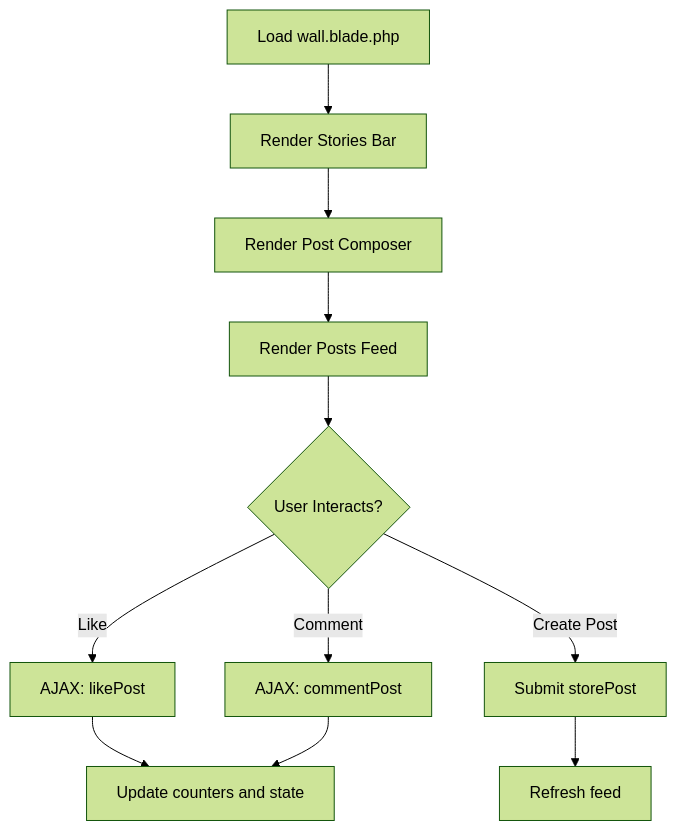
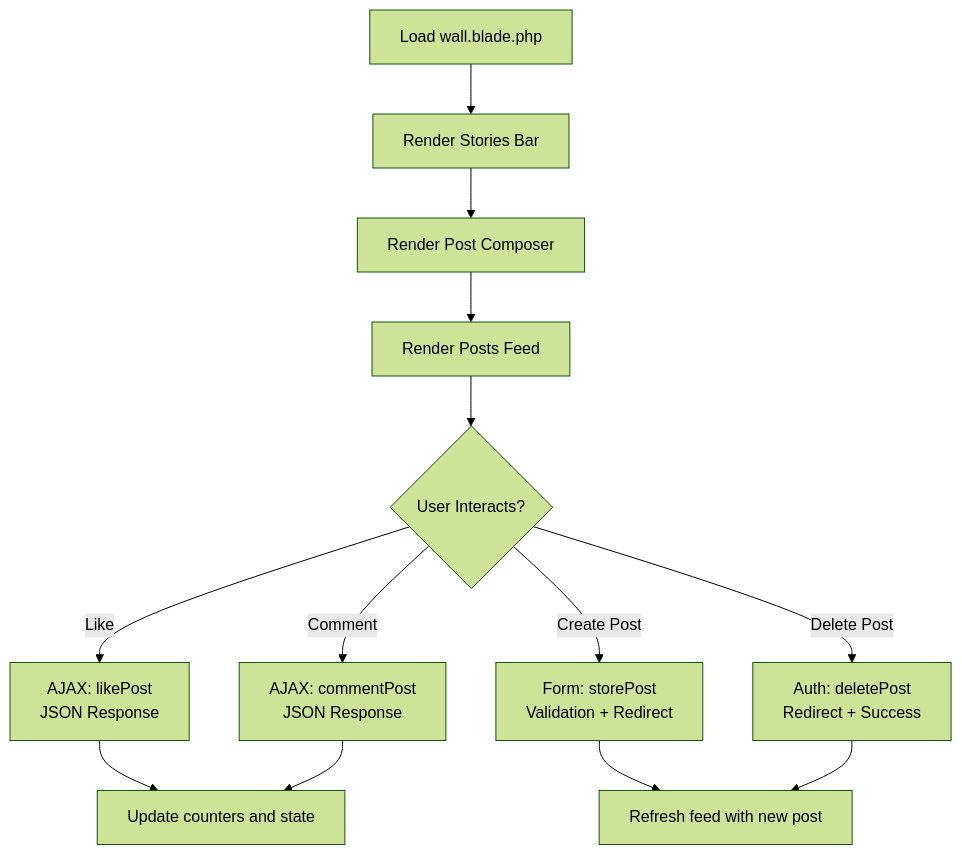
Diagram 14 of 16 in .qoder/repowiki/en/content/Social Features.md (VenokM05/Travel_Project), drawn with Mermaid (forest theme) before and after one commit. The commit also changed other lines of this file and 12 other files, not shown here.

````diff
--- a/.qoder/repowiki/en/content/Social Features.md
+++ b/.qoder/repowiki/en/content/Social Features.md
@@ -545,13 +775,15 @@
 ```mermaid
 flowchart TD
 LoadWall["Load wall.blade.php"] --> RenderStories["Render Stories Bar"]
 RenderStories --> RenderComposer["Render Post Composer"]
 RenderComposer --> RenderFeed["Render Posts Feed"]
 RenderFeed --> Interactions{"User Interacts?"}
-Interactions --> |Like| LikeAJAX["AJAX: likePost"]
-Interactions --> |Comment| CommentAJAX["AJAX: commentPost"]
-Interactions --> |Create Post| CreatePost["Submit storePost"]
+Interactions --> |Like| LikeAJAX["AJAX: likePost<br/>JSON Response"]
+Interactions --> |Comment| CommentAJAX["AJAX: commentPost<br/>JSON Response"]
+Interactions --> |Create Post| CreatePost["Form: storePost<br/>Validation + Redirect"]
+Interactions --> |Delete Post| DeletePost["Auth: deletePost<br/>Redirect + Success"]
 LikeAJAX --> UpdateUI["Update counters and state"]
 CommentAJAX --> UpdateUI
-CreatePost --> RefreshFeed["Refresh feed"]
+CreatePost --> RefreshFeed["Refresh feed with new post"]
+DeletePost --> RefreshFeed
 ```
````
